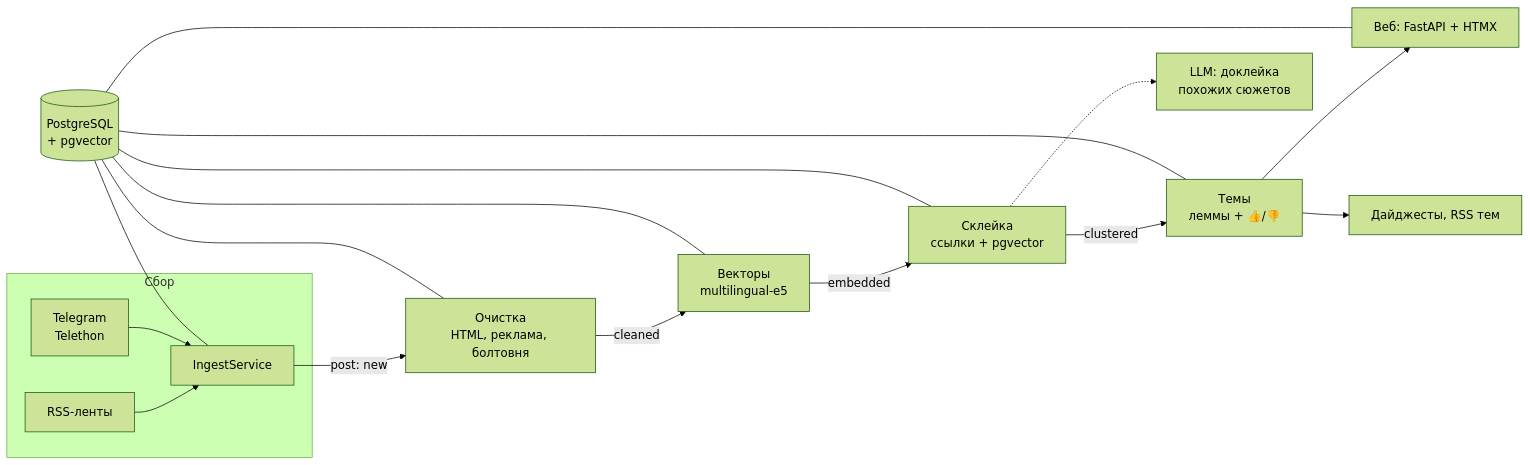
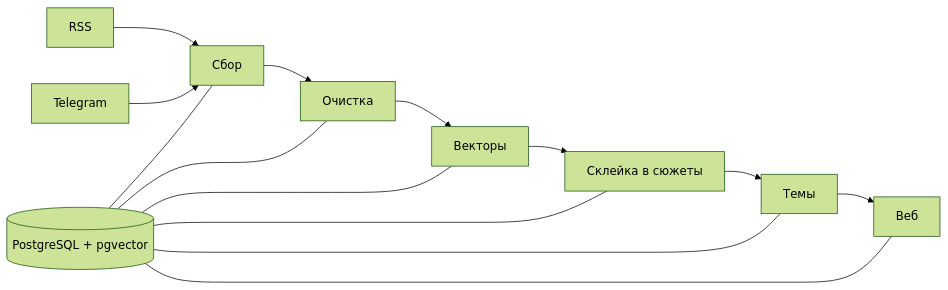
One commit to stanislav1800/news-radar changed the diagram in README.md. Above: the diagram before and after it, drawn with Mermaid (forest theme). The commit also changed other lines of this file and 1 other file, not shown here.

````diff
--- a/README.md
+++ b/README.md
@@ -60,15 +54,7 @@
 ```mermaid
 flowchart LR
-    subgraph Сбор
-        RSS[RSS-ленты] --> I[IngestService]
-        TG[Telegram<br/>Telethon] --> I
-    end
-    I -->|post: new| C[Очистка<br/>HTML, реклама, болтовня]
-    C -->|cleaned| E[Векторы<br/>multilingual-e5]
-    E -->|embedded| K[Склейка<br/>ссылки + pgvector]
-    K -->|clustered| T[Темы<br/>леммы + 👍/👎]
-    K -.-> M[LLM: доклейка<br/>похожих сюжетов]
-    T --> W[Веб: FastAPI + HTMX]
-    T --> D[Дайджесты, RSS тем]
-    DB[(PostgreSQL<br/>+ pgvector)] --- I & C & E & K & T & W
+    RSS[RSS] --> S[Сбор]
+    TG[Telegram] --> S
+    S --> C[Очистка] --> E[Векторы] --> K[Склейка в сюжеты] --> T[Темы] --> W[Веб]
+    DB[(PostgreSQL + pgvector)] --- S & C & E & K & T & W
 ```
````
